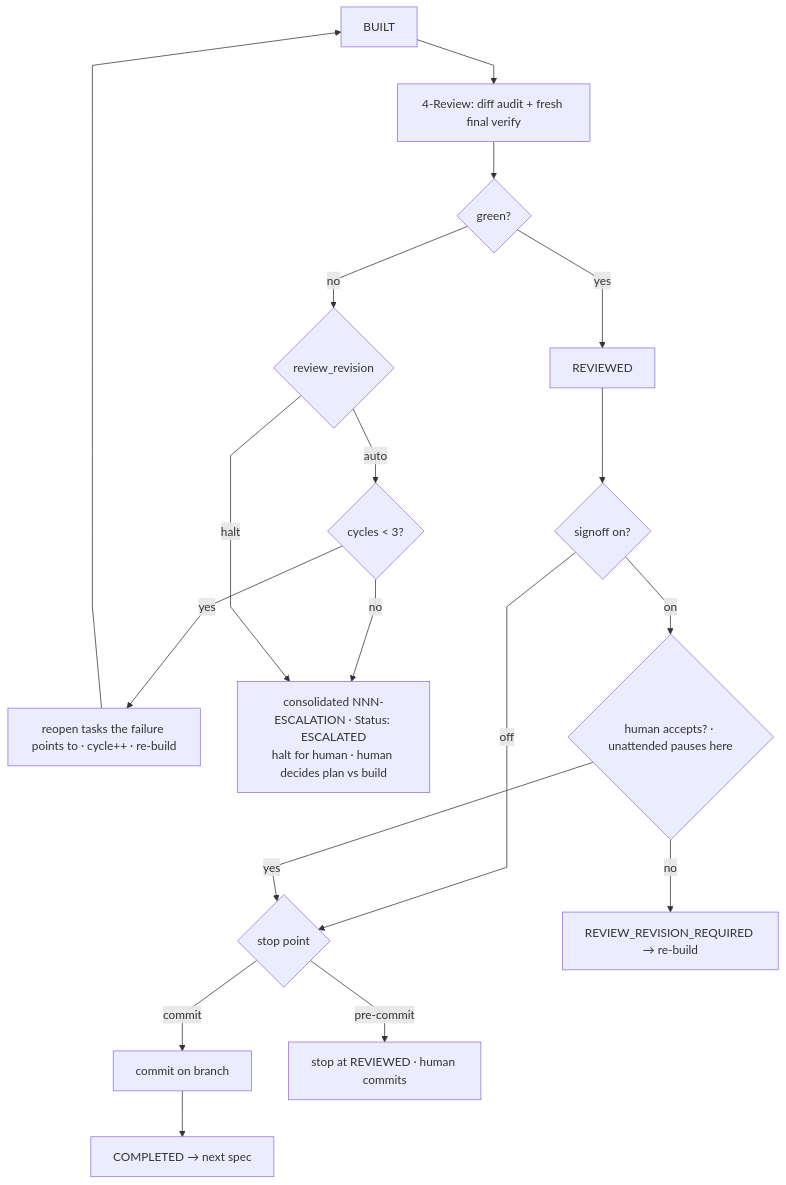
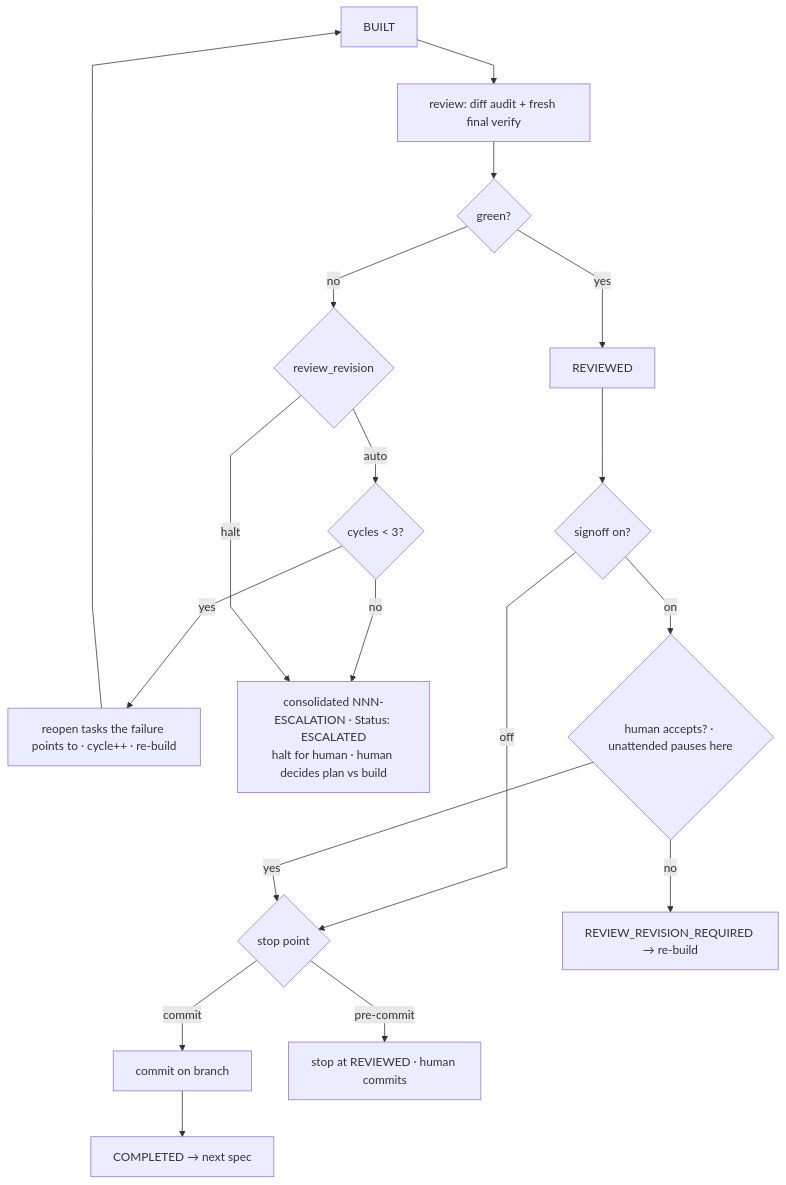
The third of 5 diagrams in docs/flow.md (sinhaaritro/dev-agent), drawn with Mermaid before and after one commit. The commit also changed other lines of this file and 39 other files, not shown here.

````diff
--- a/docs/flow.md
+++ b/docs/flow.md
@@ -85,20 +85,20 @@
 ```mermaid
 %%{init: {"flowchart": {"curve": "linear"}}}%%
 flowchart TD
-    B[BUILT] --> R[4-Review: diff audit + fresh final verify]
+    B[BUILT] --> R[review: diff audit + fresh final verify]
     R --> Q{green?}
     Q -- no --> RR{review_revision}
     RR -- auto --> RC{cycles < 3?}
     RC -- yes --> RB[reopen tasks the failure points to · cycle++ · re-build]
     RB --> B
     RC -- no --> PL[consolidated NNN-ESCALATION · Status: ESCALATED<br/>halt for human · human decides plan vs build]
     RR -- halt --> PL
     Q -- yes --> RV[REVIEWED]
     RV --> G45{signoff on?}
     G45 -- off --> SP{stop point}
     G45 -- on --> PS{human accepts? · unattended pauses here}
     PS -- no --> RREV[REVIEW_REVISION_REQUIRED → re-build]
     PS -- yes --> SP
     SP -- commit --> CMT[commit on branch] --> DONE[COMPLETED → next spec]
     SP -- pre-commit --> HOLD[stop at REVIEWED · human commits]
 ```
````
